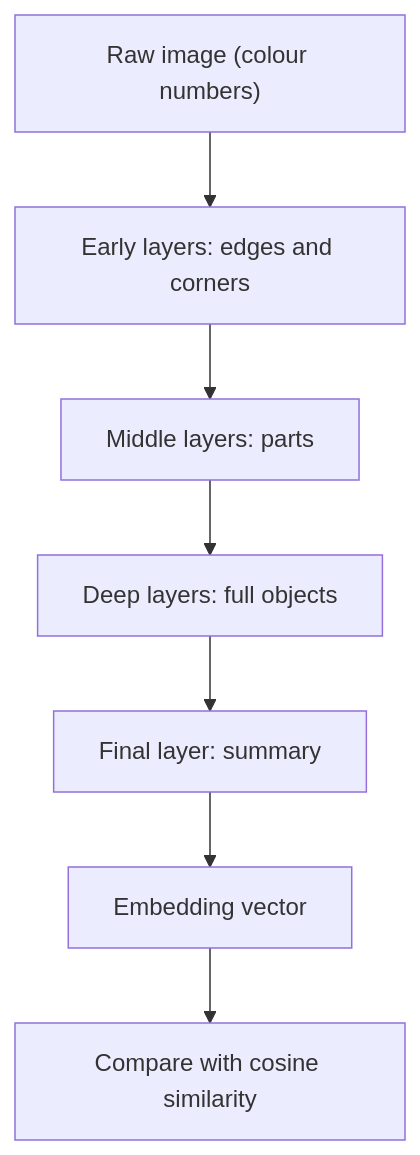
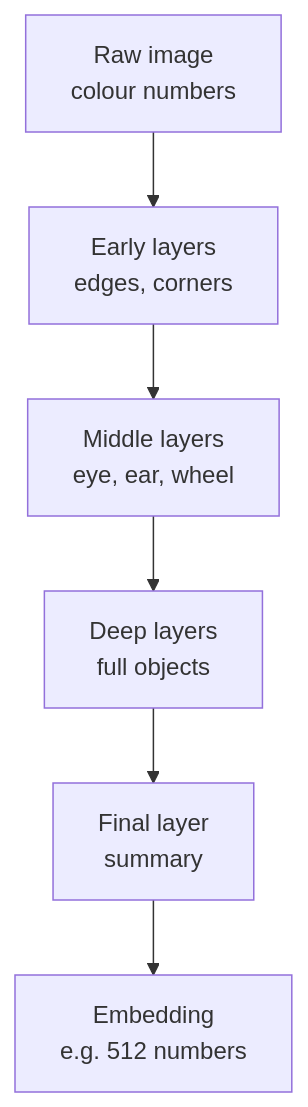
Before and after one commit to kaisarnajar/outcome-school-blogs: the first of 2 diagrams in notes/step-15-multimodal-ai-and-generative-models/175-how-do-image-embeddings-work.md, drawn with Mermaid. The commit also changed other lines of this file and 233 other files, not shown here.

````diff
--- a/notes/step-15-multimodal-ai-and-generative-models/175-how-do-image-embeddings-work.md
+++ b/notes/step-15-multimodal-ai-and-generative-models/175-how-do-image-embeddings-work.md
@@ -45,9 +72,8 @@
 ```mermaid
 flowchart TD
-    A["Raw image (colour numbers)"] --> B["Early layers: edges and corners"]
-    B --> C["Middle layers: parts"]
-    C --> D["Deep layers: full objects"]
-    D --> E["Final layer: summary"]
-    E --> F["Embedding vector"]
-    F --> G["Compare with cosine similarity"]
+    R1["Raw image<br/>colour numbers"] --> L1["Early layers<br/>edges, corners"]
+    L1 --> L2["Middle layers<br/>eye, ear, wheel"]
+    L2 --> L3["Deep layers<br/>full objects"]
+    L3 --> L4["Final layer<br/>summary"]
+    L4 --> EM["Embedding<br/>e.g. 512 numbers"]
 ```
````
